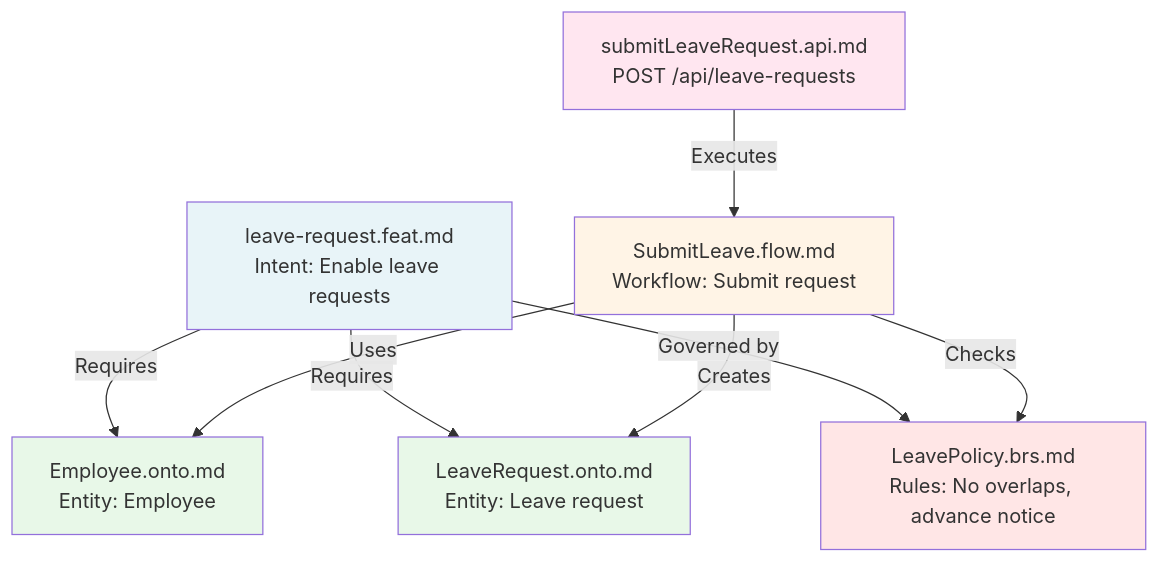
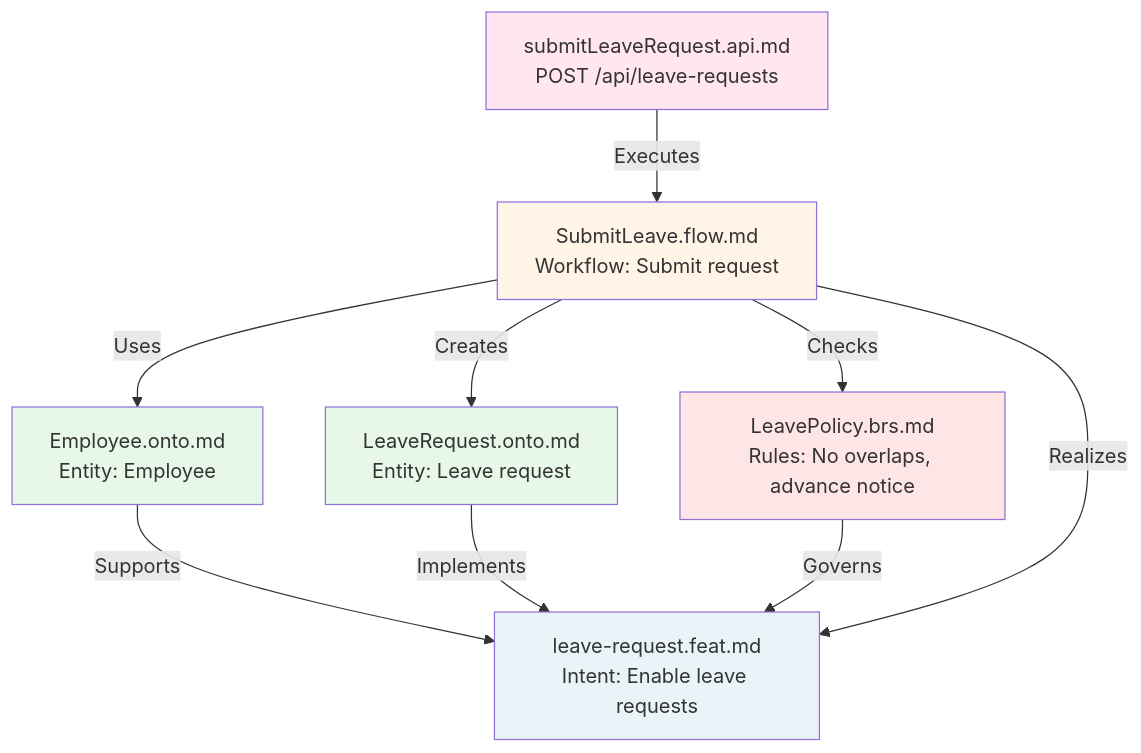
The second of 3 diagrams in docs/Axiom-Codex/methodology/02-five-pillars.md (a4b-corporation/xTalent), drawn with Mermaid before and after one commit. The commit also changed other lines of this file and 3 other files, not shown here.

````diff
--- a/docs/Axiom-Codex/methodology/02-five-pillars.md
+++ b/docs/Axiom-Codex/methodology/02-five-pillars.md
@@ -268,30 +386,31 @@
 ```mermaid
 graph TD
     F[leave-request.feat.md<br/>Intent: Enable leave requests]
     
     O1[Employee.onto.md<br/>Entity: Employee]
     O2[LeaveRequest.onto.md<br/>Entity: Leave request]
     
     B[LeavePolicy.brs.md<br/>Rules: No overlaps, advance notice]
     
     FL[SubmitLeave.flow.md<br/>Workflow: Submit request]
     
     A[submitLeaveRequest.api.md<br/>POST /api/leave-requests]
     
-    F -->|Requires| O1
-    F -->|Requires| O2
-    F -->|Governed by| B
+    O1 -->|Supports| F
+    O2 -->|Implements| F
+    B -->|Governs| F
     
     FL -->|Uses| O1
     FL -->|Creates| O2
     FL -->|Checks| B
+    FL -->|Realizes| F
     
     A -->|Executes| FL
     
     style F fill:#E8F4F8
     style O1 fill:#E8F8E8
     style O2 fill:#E8F8E8
     style B fill:#FFE6E6
     style FL fill:#FFF4E6
     style A fill:#FFE6F0
 ```
````
